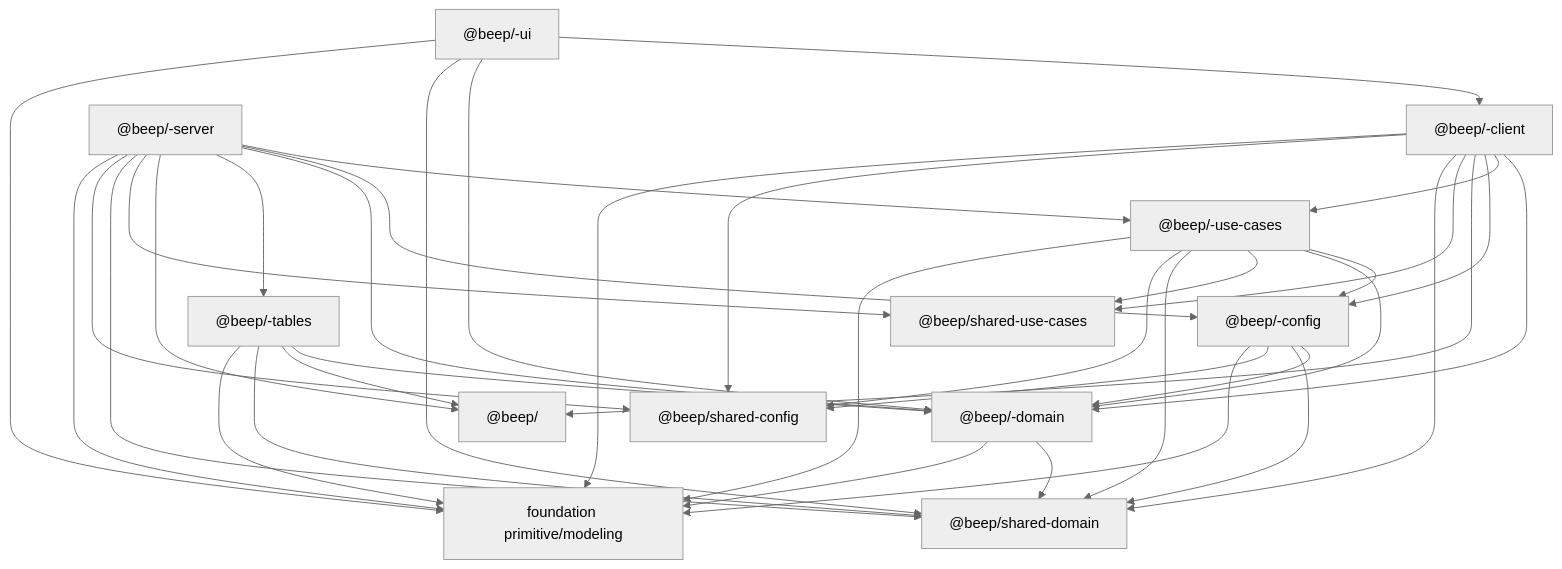
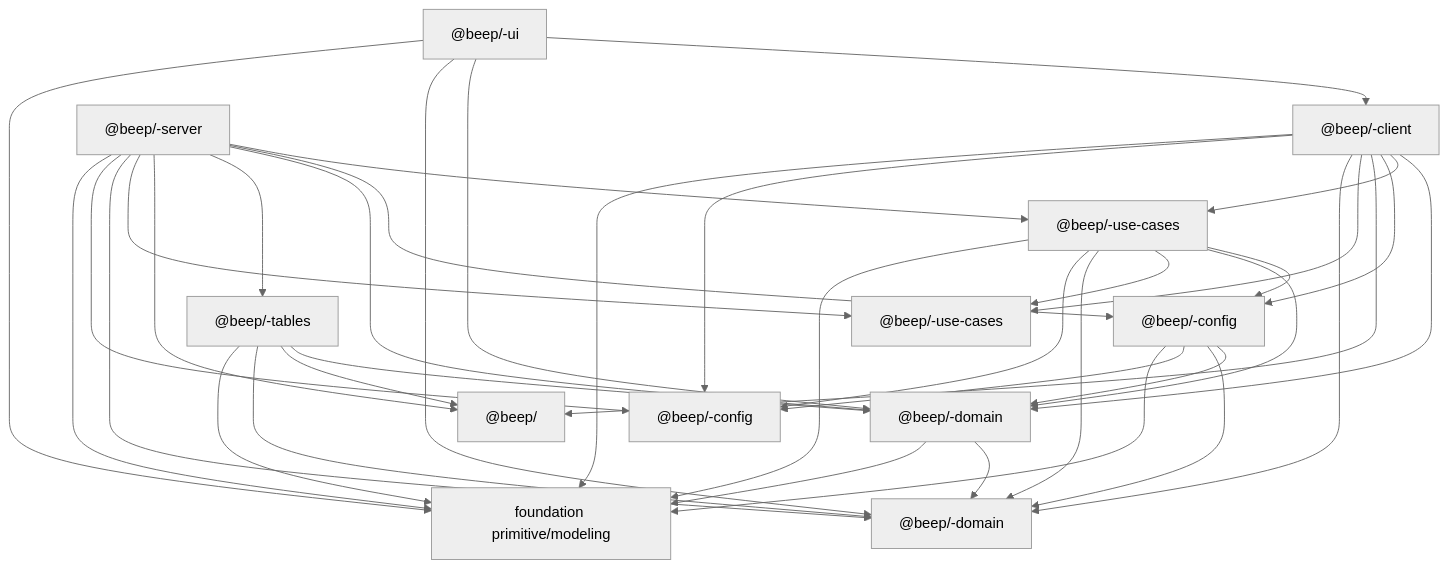
Before and after one commit to kriegcloud/beep-effect: the first of 6 diagrams in standards/ARCHITECTURE.md, drawn with Mermaid (neutral theme). The commit also changed other lines of this file and 590 other files, not shown here.

````diff
--- a/standards/ARCHITECTURE.md
+++ b/standards/ARCHITECTURE.md
@@ -122,54 +122,54 @@
 ```mermaid
 flowchart TD
   ui["@beep/<slice>-ui"]
   client["@beep/<slice>-client"]
   usecases["@beep/<slice>-use-cases"]
   config["@beep/<slice>-config"]
   server["@beep/<slice>-server"]
   domain["@beep/<slice>-domain"]
   tables["@beep/<slice>-tables"]
   drivers["@beep/<driver>"]
-  sharedDomain["@beep/shared-domain"]
-  sharedUseCases["@beep/shared-use-cases"]
-  sharedConfig["@beep/shared-config"]
+  sharedDomain["@beep/<kernel>-domain"]
+  sharedUseCases["@beep/<kernel>-use-cases"]
+  sharedConfig["@beep/<kernel>-config"]
   foundation["foundation primitive/modeling"]
 
   ui --> client
   ui --> domain
   client --> domain
   client --> usecases
   client --> config
   client --> drivers
   server --> usecases
   server --> config
   server --> domain
   server --> tables
   server --> drivers
   usecases --> config
   usecases --> domain
   config --> domain
   tables --> domain
   tables --> drivers
 
   domain --> sharedDomain
   usecases --> sharedUseCases
   domain --> foundation
   usecases --> sharedDomain
   usecases --> sharedConfig
   server --> sharedUseCases
   usecases --> foundation
   config --> sharedDomain
   config --> sharedConfig
   config --> foundation
   server --> sharedDomain
   server --> sharedConfig
   server --> foundation
   client --> sharedUseCases
   client --> sharedDomain
   client --> sharedConfig
   client --> foundation
   ui --> sharedDomain
   ui --> foundation
   tables --> sharedDomain
   tables --> foundation
 ```
````
